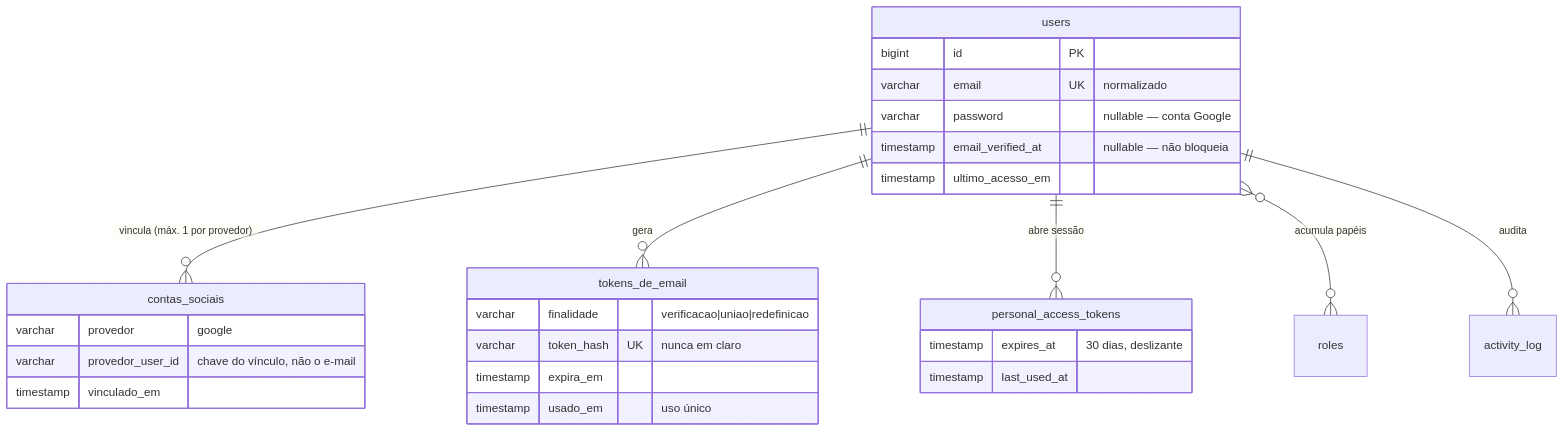
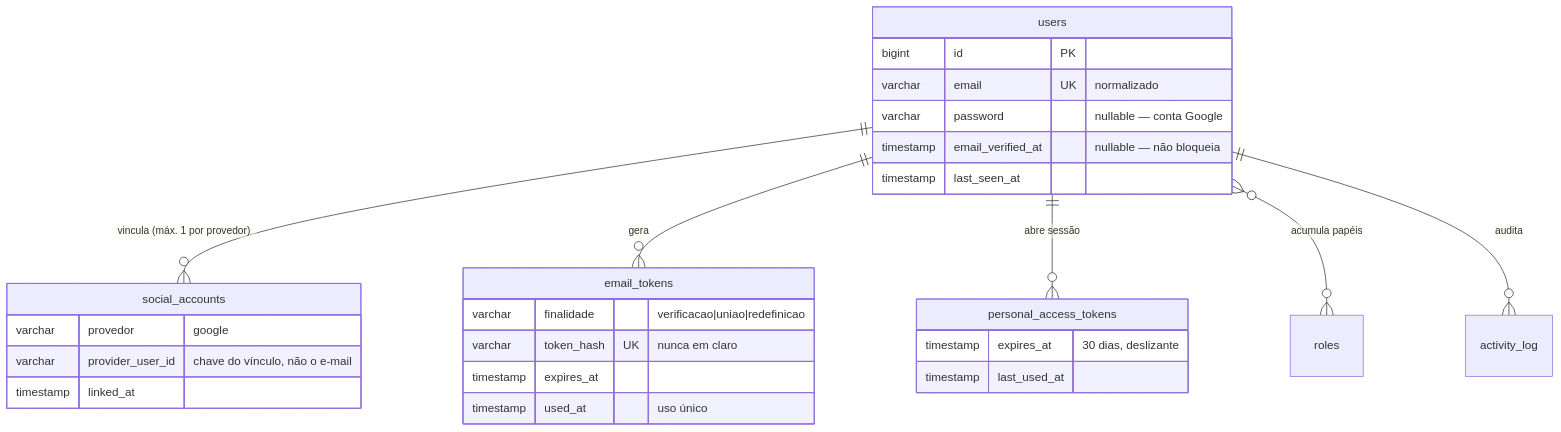
Before and after one commit to icarosolon/bora: the diagram in specs/001-contas-autenticacao/data-model.md, drawn with Mermaid. The commit also changed other lines of this file and 223 other files, not shown here.

````diff
--- a/specs/001-contas-autenticacao/data-model.md
+++ b/specs/001-contas-autenticacao/data-model.md
@@ -146,31 +146,31 @@
 ```mermaid
 erDiagram
-    users ||--o{ contas_sociais : "vincula (máx. 1 por provedor)"
-    users ||--o{ tokens_de_email : "gera"
+    users ||--o{ social_accounts : "vincula (máx. 1 por provedor)"
+    users ||--o{ email_tokens : "gera"
     users ||--o{ personal_access_tokens : "abre sessão"
     users }o--o{ roles : "acumula papéis"
     users ||--o{ activity_log : "audita"
 
     users {
         bigint id PK
         varchar email UK "normalizado"
         varchar password "nullable — conta Google"
         timestamp email_verified_at "nullable — não bloqueia"
-        timestamp ultimo_acesso_em
+        timestamp last_seen_at
     }
-    contas_sociais {
+    social_accounts {
         varchar provedor "google"
-        varchar provedor_user_id "chave do vínculo, não o e-mail"
-        timestamp vinculado_em
+        varchar provider_user_id "chave do vínculo, não o e-mail"
+        timestamp linked_at
     }
-    tokens_de_email {
+    email_tokens {
         varchar finalidade "verificacao|uniao|redefinicao"
         varchar token_hash UK "nunca em claro"
-        timestamp expira_em
-        timestamp usado_em "uso único"
+        timestamp expires_at
+        timestamp used_at "uso único"
     }
     personal_access_tokens {
         timestamp expires_at "30 dias, deslizante"
         timestamp last_used_at
     }
 ```
````
